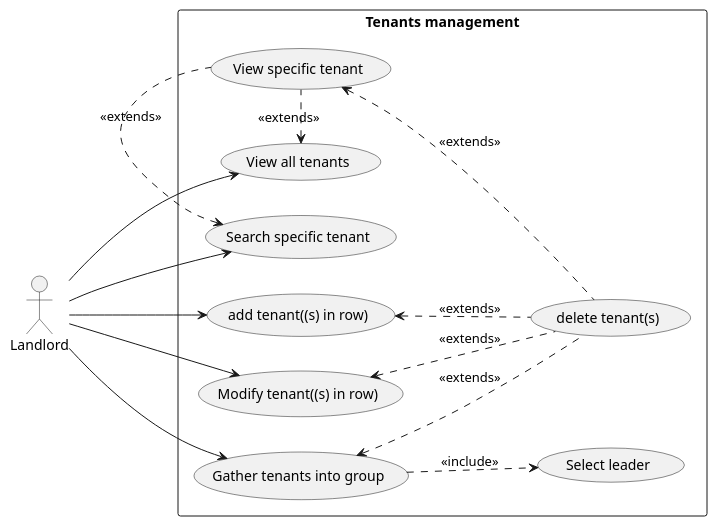
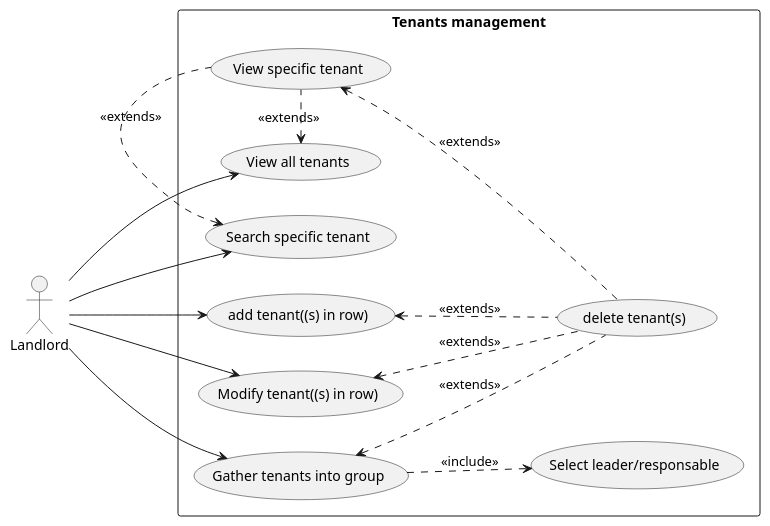
One commit to SprigganTwelve/immo-flow changed the diagram in architecture/tenants/usecase.puml. Above: the diagram before and after it, drawn with PlantUML. The commit also changed 7 other files, not shown here.

Commit message:
class uml, update DocumentToolkit handler

```diff
--- a/architecture/tenants/usecase.puml
+++ b/architecture/tenants/usecase.puml
@@ -1,55 +1,62 @@
 @startuml
 
 left to right direction
 
 actor Landlord
 
 rectangle "Tenants management" {
 
     ' Single tenant
 
     usecase "add tenant((s) in row)"    as US1
     usecase "delete tenant(s)" as US2
 
     ' --- View / Search ---
 
     usecase "View all tenants"        as US3
     usecase "View specific tenant"    as US31
 
     usecase "Search specific tenant" as US4
 
     'Modify
 
     usecase "Modify tenant((s) in row)" as US5
 
     'Group
     usecase "Gather tenants into group" as US6
-    usecase "Select leader" as US61
+    usecase "Select leader/responsable" as US61
 }
 
+
 ' --- Actor relations ---
+
 
 Landlord --> US1
 Landlord --> US3
 Landlord --> US4
 
+
 ' --- Create/Delete relations ---
+
 US1 <.. US2  : <<extends>>
 
 ' --- View relations ---
+
 US3  <.right. US31 : <<extends>>
 US4  <.right. US31 : <<extends>>
 
+
 ' --- Delete depends on specific tenant --
+
 
 US31 <.. US2: <<extends>>
 Landlord --> US5
 
 Landlord --> US6
 US5 <.. US2     : <<extends>>
 US6 ..> US61    : <<include>>
 
 US6 <.. US2    : <<extends>>
 
 
 @enduml
```
